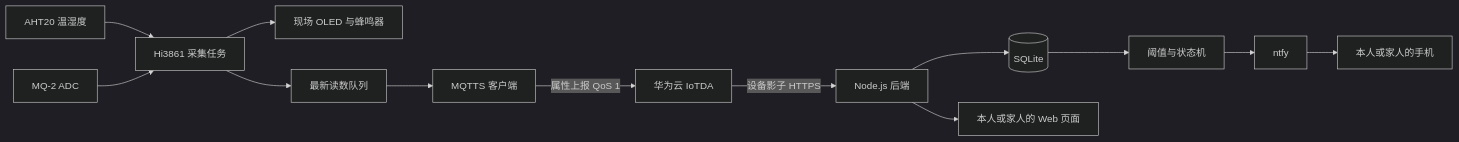
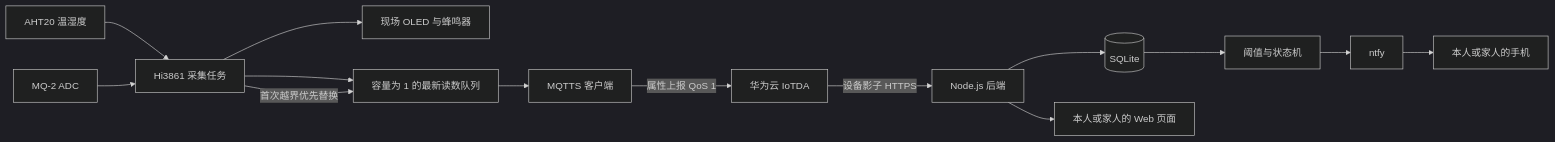
Before and after one commit to gujial/hi3861_hdu_iot_application: the diagram in src/applications/environment_monitor/PROJECT_DOCUMENT.md, drawn with Mermaid (dark theme). The commit also changed other lines of this file and 5 other files, not shown here.

````diff
--- a/src/applications/environment_monitor/PROJECT_DOCUMENT.md
+++ b/src/applications/environment_monitor/PROJECT_DOCUMENT.md
@@ -77,15 +77,16 @@
 ```mermaid
 flowchart LR
     A[AHT20 温湿度] --> D[Hi3861 采集任务]
     B[MQ-2 ADC] --> D
     D --> C[现场 OLED 与蜂鸣器]
-    D --> Q[最新读数队列]
+    D --> Q[容量为 1 的最新读数队列]
+    D -->|首次越界优先替换| Q
     Q --> M[MQTTS 客户端]
     M -->|属性上报 QoS 1| I[华为云 IoTDA]
     I -->|设备影子 HTTPS| S[Node.js 后端]
     S --> DB[(SQLite)]
     S --> W[本人或家人的 Web 页面]
     DB --> E[阈值与状态机]
     E --> N[ntfy]
     N --> U[本人或家人的手机]
 ```
````
